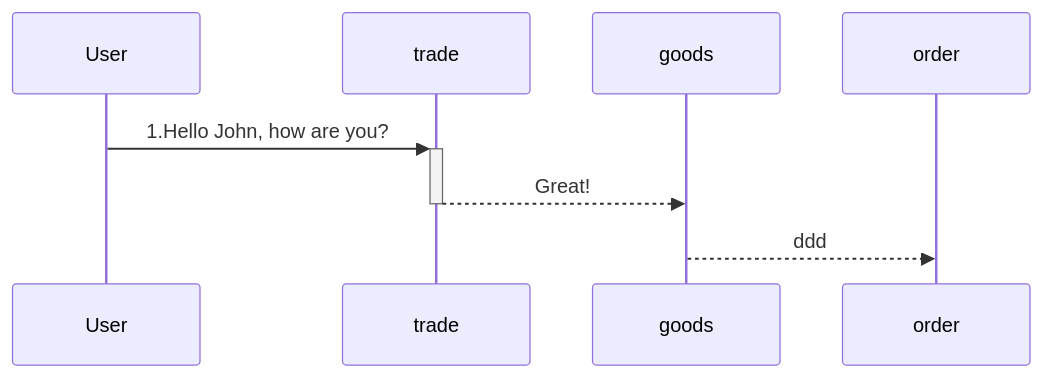
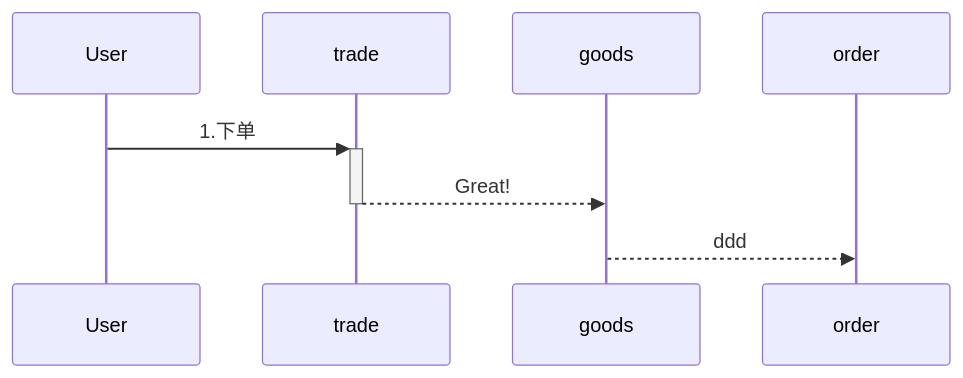
The diagram in all/未命名-6.md (yingjianzh/iodraw-files), drawn with Mermaid before and after one commit.

Commit message:
2024-08-19 14:58:02 update

````diff
--- a/all/未命名-6.md
+++ b/all/未命名-6.md
@@ -1,6 +1,6 @@
 ```mermaid
 sequenceDiagram
-    User->>+trade: 1.Hello John, how are you?
+    User->>+trade: 1.下单
     trade-->>-goods: Great!
     goods-->>order: ddd
 ```
````
